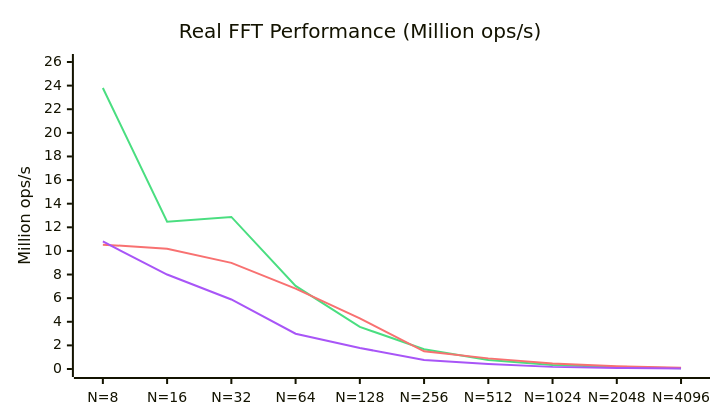
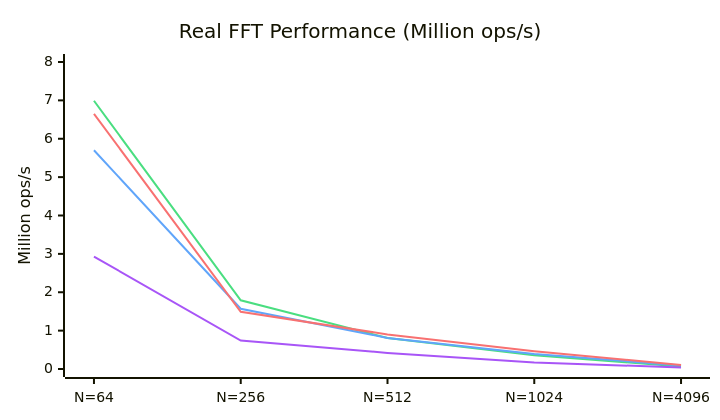
The second of 2 diagrams in README.md (EmNudge/wat-fft), drawn with Mermaid before and after one commit. The commit also changed other lines of this file and 6 other files, not shown here.

````diff
--- a/README.md
+++ b/README.md
@@ -64,18 +53,19 @@
 ```mermaid
 ---
 config:
     xyChart:
         width: 700
         height: 400
     themeVariables:
         xyChart:
-            plotColorPalette: "#4ade80, #f87171, #a855f7"
+            plotColorPalette: "#4ade80, #60a5fa, #f87171, #a855f7"
 ---
 xychart-beta
     title "Real FFT Performance (Million ops/s)"
-    x-axis [N=8, N=16, N=32, N=64, N=128, N=256, N=512, N=1024, N=2048, N=4096]
-    y-axis "Million ops/s" 0 --> 26
-    line [23.80, 12.48, 12.88, 7.04, 3.56, 1.68, 0.76, 0.34, 0.16, 0.06]
-    line [10.53, 10.19, 8.99, 6.81, 4.28, 1.50, 0.90, 0.47, 0.23, 0.11]
-    line [10.80, 8.00, 5.89, 2.99, 1.78, 0.76, 0.43, 0.18, 0.09, 0.04]
+    x-axis [N=64, N=256, N=512, N=1024, N=4096]
+    y-axis "Million ops/s" 0 --> 8
+    line [6.99, 1.79, 0.81, 0.36, 0.063]
+    line [5.70, 1.57, 0.81, 0.39, 0.093]
+    line [6.65, 1.49, 0.90, 0.46, 0.105]
+    line [2.93, 0.74, 0.42, 0.17, 0.039]
 ```
````
